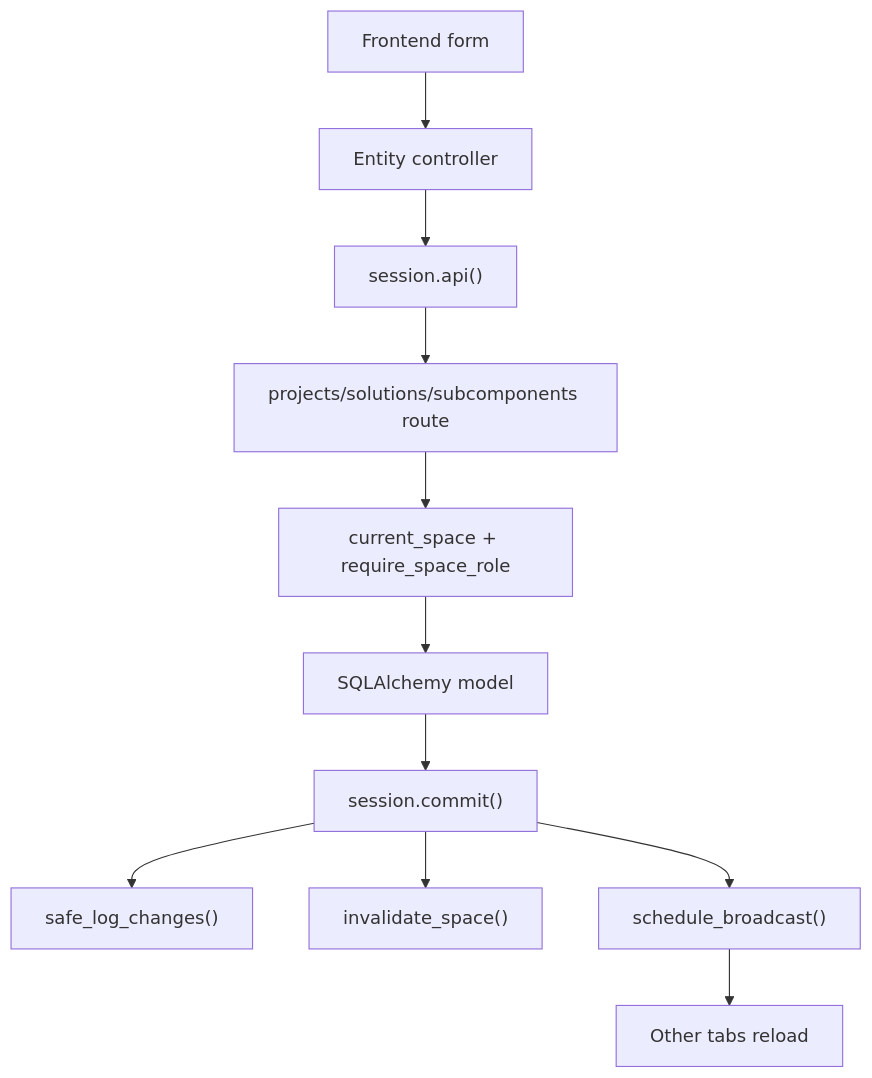
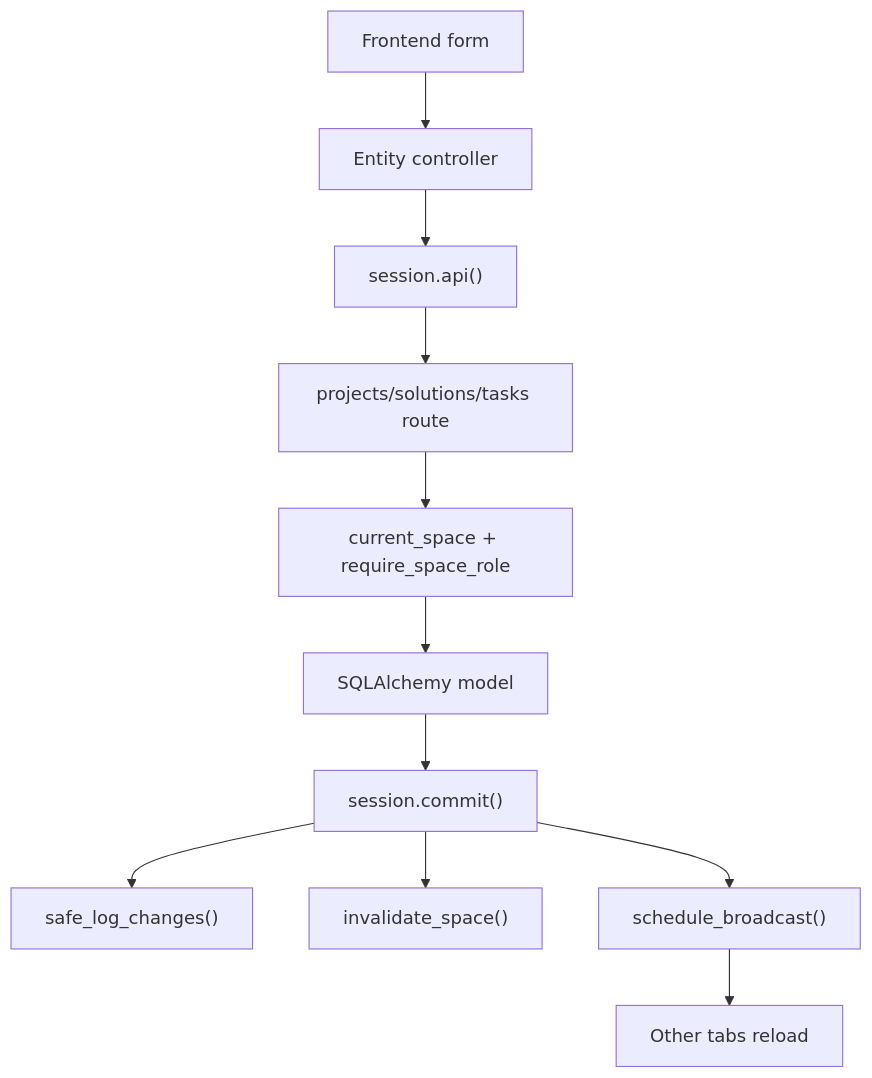
One commit to lukegob10/sipm changed the fourth of 5 diagrams in docs/technical-architecture-and-code-flow.md. Above: the diagram before and after it, drawn with Mermaid. The commit also changed other lines of this file and 115 other files, not shown here.

Commit message:
Rename subcomponents to tasks

````diff
--- a/docs/technical-architecture-and-code-flow.md
+++ b/docs/technical-architecture-and-code-flow.md
@@ -576,13 +576,13 @@
 ```mermaid
 flowchart TD
   Form["Frontend form"] --> Controller["Entity controller"]
   Controller --> ApiWrapper["session.api()"]
-  ApiWrapper --> Route["projects/solutions/subcomponents route"]
+  ApiWrapper --> Route["projects/solutions/tasks route"]
   Route --> Authz["current_space + require_space_role"]
   Authz --> Model["SQLAlchemy model"]
   Model --> Commit["session.commit()"]
   Commit --> Audit["safe_log_changes()"]
   Commit --> Cache["invalidate_space()"]
   Commit --> Realtime["schedule_broadcast()"]
   Realtime --> OpenTabs["Other tabs reload"]
 ```
````
